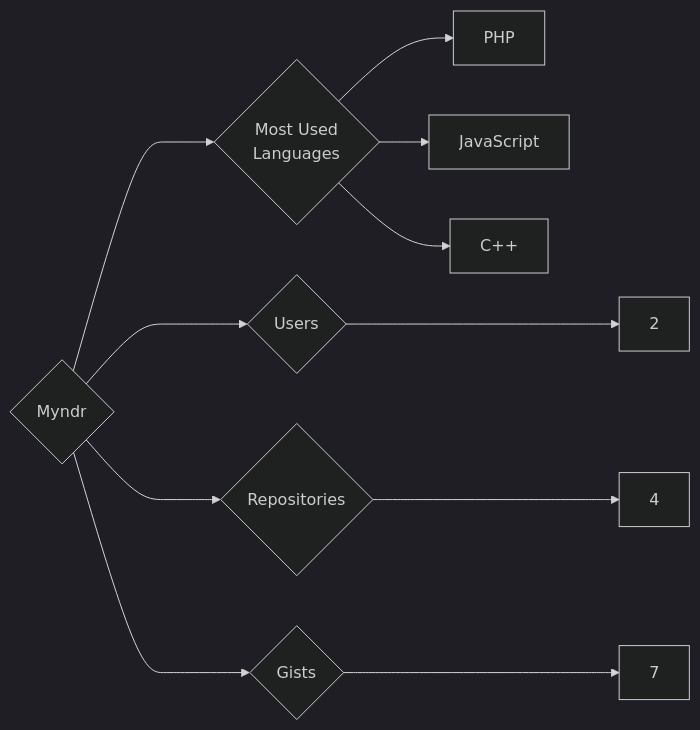
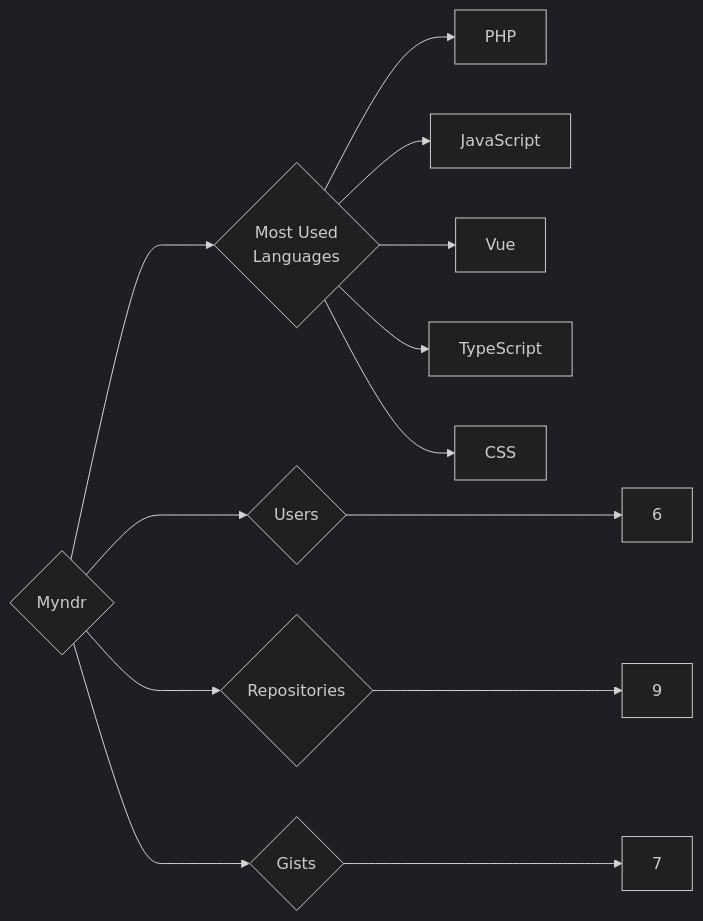
The diagram in targets/Myndr/README.md (trickest/insiders), drawn with Mermaid (dark theme) before and after one commit. The commit also changed 1696 other files, not shown here.

````diff
--- a/targets/Myndr/README.md
+++ b/targets/Myndr/README.md
@@ -3,11 +3,13 @@
 ```mermaid
 graph LR
 COMPANY_NAME{Myndr}
-COMPANY_NAME ---> U{Users} ---> UN[2]
-COMPANY_NAME ---> R{Repositories} ---> RN[4]
+COMPANY_NAME ---> U{Users} ---> UN[6]
+COMPANY_NAME ---> R{Repositories} ---> RN[9]
 COMPANY_NAME ---> G{Gists} ---> GN[7]
 COMPANY_NAME ---> ML{Most Used<br>Languages}
 ML --> PHP[PHP]
 ML --> JavaScript[JavaScript]
-ML --> C++[C++]
+ML --> Vue[Vue]
+ML --> TypeScript[TypeScript]
+ML --> CSS[CSS]
 ```
````
